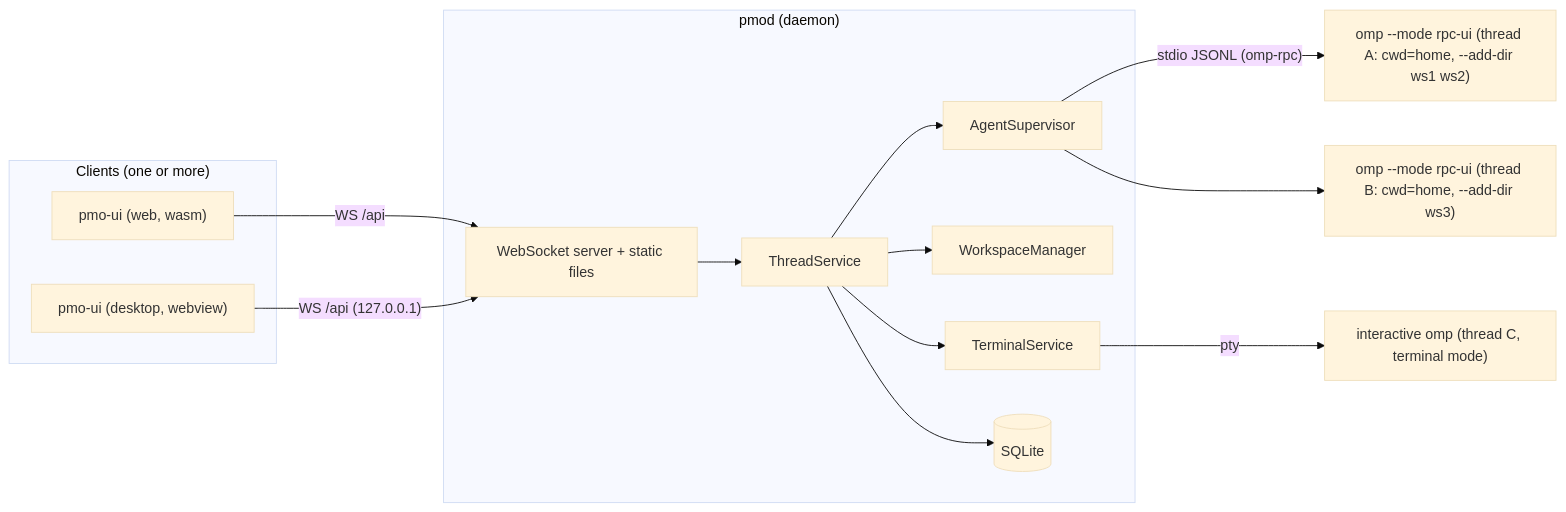
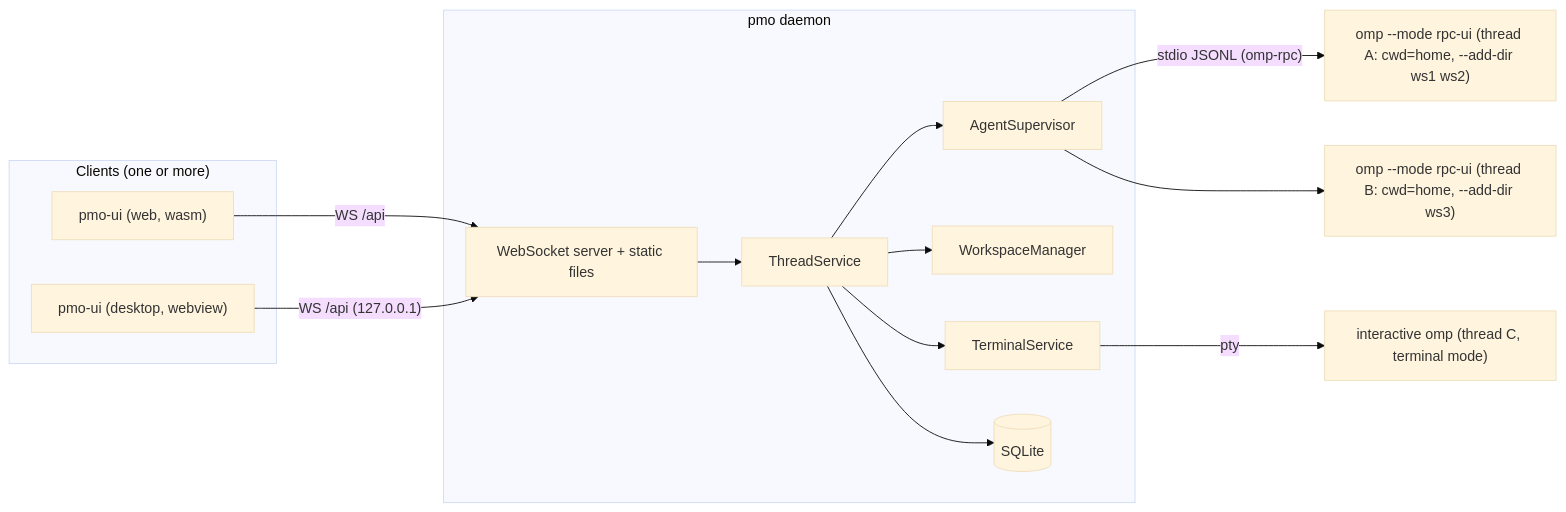
The second of 3 diagrams in docs/specs/00-overview.md (TonioGela/omfp), drawn with Mermaid (base theme) before and after one commit. The commit also changed other lines of this file and 111 other files, not shown here.

````diff
--- a/docs/specs/00-overview.md
+++ b/docs/specs/00-overview.md
@@ -47,23 +47,23 @@
 ```mermaid
 flowchart LR
   subgraph client["Clients (one or more)"]
     W["pmo-ui (web, wasm)"]
     D["pmo-ui (desktop, webview)"]
   end
-  subgraph pmod["pmod (daemon)"]
+  subgraph daemon["pmo daemon"]
     WS[WebSocket server + static files]
     TS[ThreadService]
     SUP[AgentSupervisor]
     WK[WorkspaceManager]
     PTY[TerminalService]
     DB[(SQLite)]
   end
   W -- "WS /api" --> WS
   D -- "WS /api (127.0.0.1)" --> WS
   WS --> TS
   TS --> SUP & WK & DB
   TS --> PTY
   SUP -- "stdio JSONL (omp-rpc)" --> O1["omp --mode rpc-ui (thread A: cwd=home, --add-dir ws1 ws2)"]
   SUP --> O2["omp --mode rpc-ui (thread B: cwd=home, --add-dir ws3)"]
   PTY -- "pty" --> OTERM["interactive omp (thread C, terminal mode)"]
 ```
````
